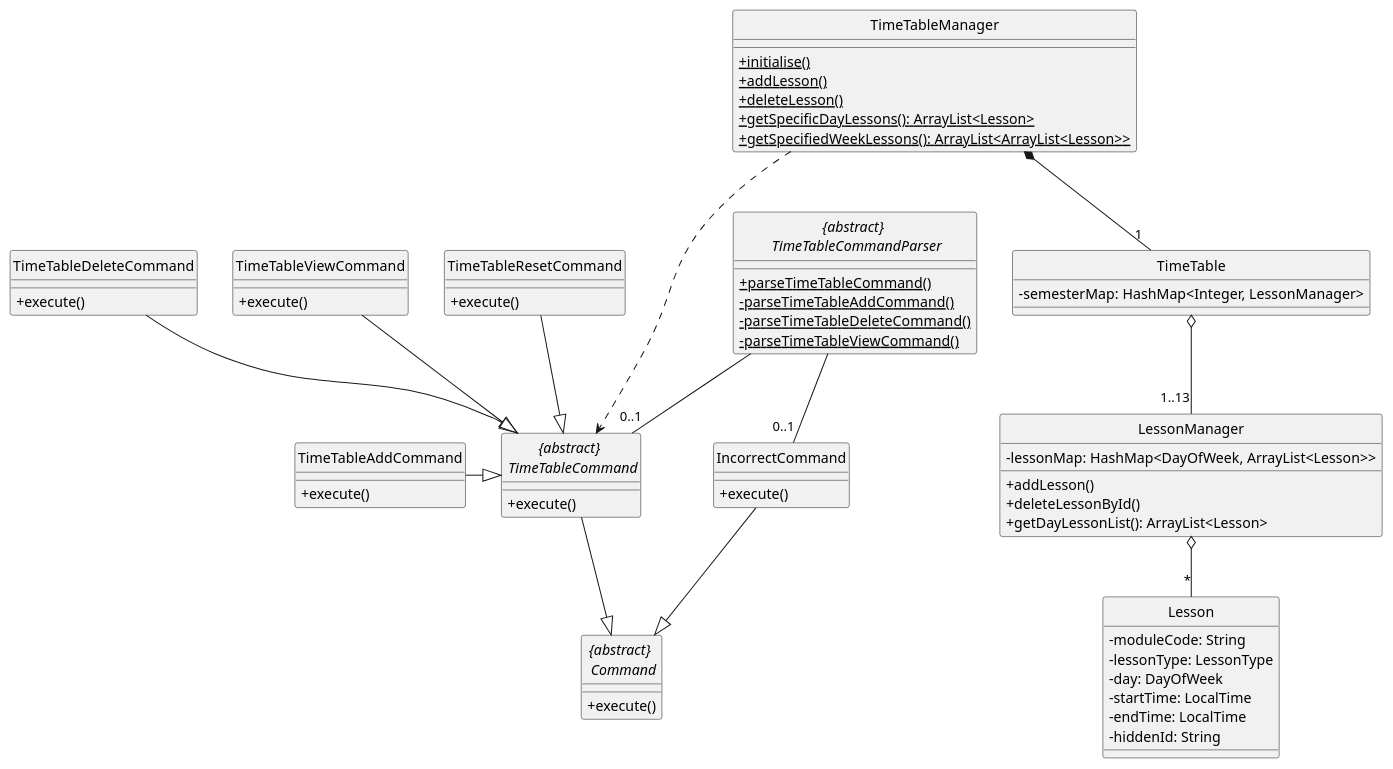
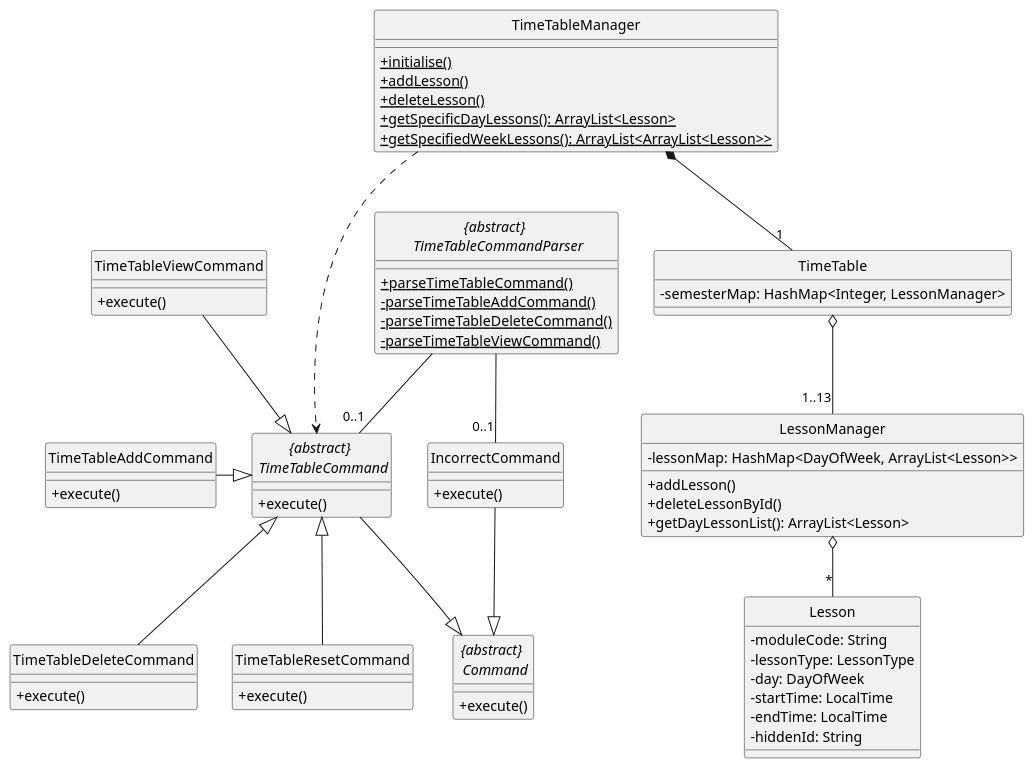
Before and after one commit to wangqinNick/tp: the diagram in docs/diagrams/UML/TimeTableClassDiagram.puml, drawn with PlantUML. The commit also changed 2 other files, not shown here.

```diff
--- a/docs/diagrams/UML/TimeTableClassDiagram.puml
+++ b/docs/diagrams/UML/TimeTableClassDiagram.puml
@@ -1,89 +1,89 @@
 @startuml
 
 hide circle
 skinparam classAttributeIconSize 0
 
 class TimeTableAddCommand
 class TimeTableDeleteCommand
 class TimeTableViewCommand
 class Lesson {
     - moduleCode: String
     - lessonType: LessonType
     - day: DayOfWeek
     - startTime: LocalTime
     - endTime: LocalTime
     - hiddenId: String
 }
 
 abstract class "{abstract} \n TimeTableCommandParser" {
     + {static} parseTimeTableCommand()
     - {static} parseTimeTableAddCommand()
     - {static} parseTimeTableDeleteCommand()
     - {static} parseTimeTableViewCommand()
 }
 
 abstract class "{abstract} \n TimeTableCommand" {
     + execute()
 }
 
 abstract class "{abstract} \n Command" {
     + execute()
 }
 
 class TimeTable {
     - semesterMap: HashMap<Integer, LessonManager>
 }
 
 class TimeTableAddCommand {
     + execute()
 }
 
 class TimeTableViewCommand {
     + execute()
 }
 
 class TimeTableDeleteCommand {
     + execute()
 }
 
 class TimeTableResetCommand {
     + execute()
 }
 
 class IncorrectCommand {
     + execute()
 }
 
 class LessonManager {
     - lessonMap: HashMap<DayOfWeek, ArrayList<Lesson>>
     + addLesson()
     + deleteLessonById()
     + getDayLessonList(): ArrayList<Lesson>
 }
 
 class TimeTableManager {
     + {static} initialise()
     + {static} addLesson()
     + {static} deleteLesson()
     + {static} getSpecificDayLessons(): ArrayList<Lesson>
     + {static} getSpecifiedWeekLessons(): ArrayList<ArrayList<Lesson>>
 }
 
 "{abstract} \n TimeTableCommand" --|> "{abstract} \n Command"
 IncorrectCommand --|> "{abstract} \n Command"
 
 "{abstract} \n TimeTableCommandParser" -- "0..1" "{abstract} \n TimeTableCommand"
 "{abstract} \n TimeTableCommandParser" -- "0..1" IncorrectCommand
 
 TimeTableAddCommand -|> "{abstract} \n TimeTableCommand"
-TimeTableDeleteCommand --|> "{abstract} \n TimeTableCommand"
+"{abstract} \n TimeTableCommand" <|-- TimeTableDeleteCommand
 TimeTableViewCommand --|> "{abstract} \n TimeTableCommand"
-TimeTableResetCommand --|> "{abstract} \n TimeTableCommand"
+"{abstract} \n TimeTableCommand" <|-- TimeTableResetCommand
 
 TimeTableManager *-- "1" TimeTable
 TimeTable o-- "1..13" LessonManager
 LessonManager o-- "*" Lesson
 
 TimeTableManager ...> "{abstract} \n TimeTableCommand"
 
 @enduml
```
